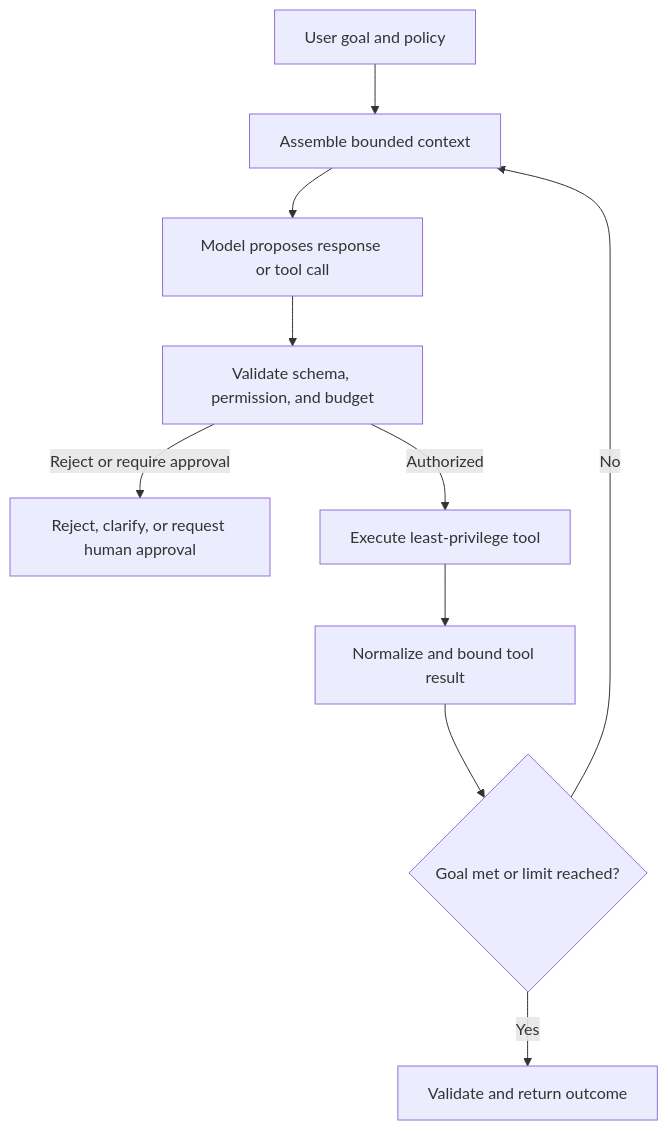
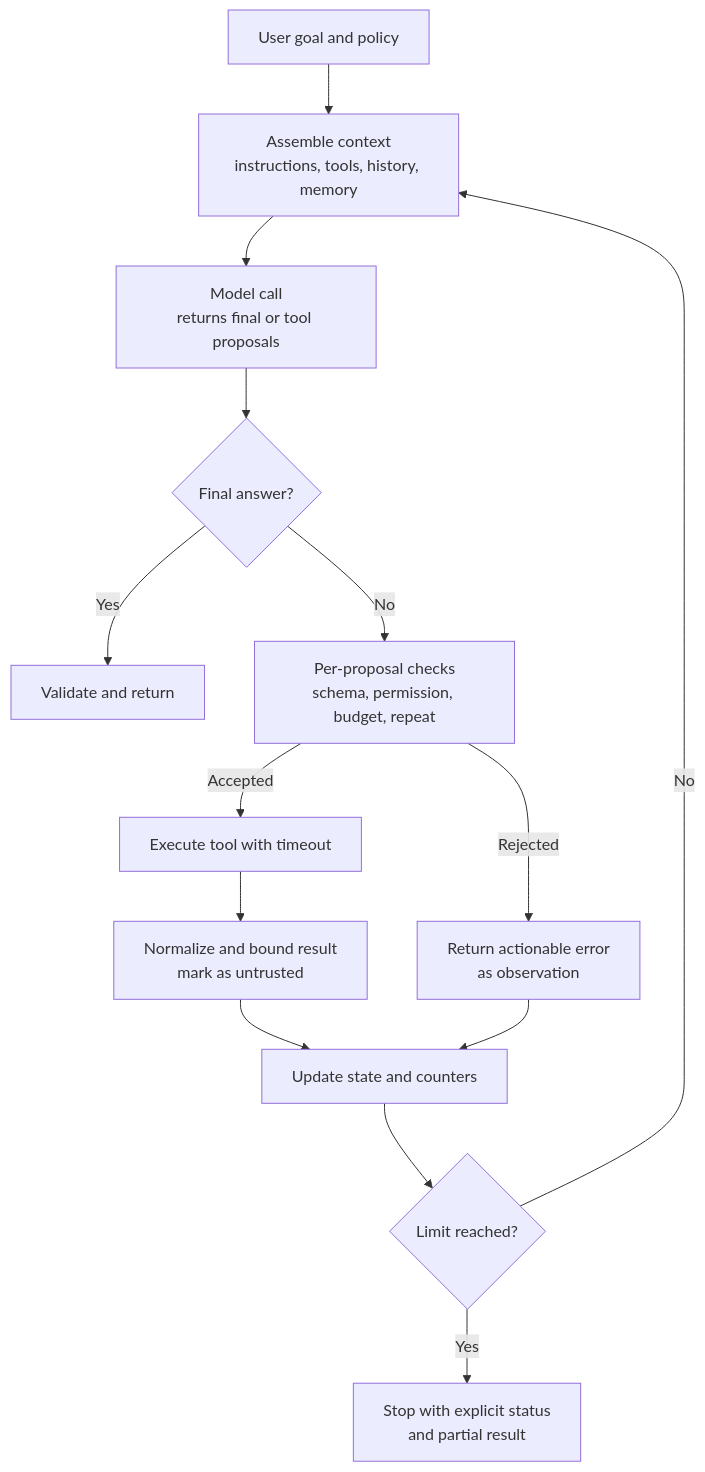
The second of 10 diagrams in 16_AI_and_GenAI/CH21_Agents_Tool_Calling_Memory_Planning.md (joydasss/Architect), drawn with Mermaid before and after one commit. The commit also changed other lines of this file and 295 other files, not shown here.

````diff
--- a/16_AI_and_GenAI/CH21_Agents_Tool_Calling_Memory_Planning.md
+++ b/16_AI_and_GenAI/CH21_Agents_Tool_Calling_Memory_Planning.md
@@ -15,12 +155,16 @@
 ```mermaid
 flowchart TD
-    Goal[User goal and policy] --> Context[Assemble bounded context]
-    Context --> Model[Model proposes response or tool call]
-    Model --> Validate[Validate schema, permission, and budget]
-    Validate -->|Reject or require approval| Stop[Reject, clarify, or request human approval]
-    Validate -->|Authorized| Tool[Execute least-privilege tool]
-    Tool --> Result[Normalize and bound tool result]
-    Result --> Done{Goal met or limit reached?}
-    Done -->|No| Context
-    Done -->|Yes| Final[Validate and return outcome]
+    G["User goal and policy"] --> C["Assemble context<br/>instructions, tools, history, memory"]
+    C --> M["Model call<br/>returns final or tool proposals"]
+    M --> F{"Final answer?"}
+    F -->|Yes| V["Validate and return"]
+    F -->|No| P["Per-proposal checks<br/>schema, permission, budget, repeat"]
+    P -->|Rejected| R["Return actionable error<br/>as observation"]
+    P -->|Accepted| X["Execute tool with timeout"]
+    X --> N["Normalize and bound result<br/>mark as untrusted"]
+    N --> U["Update state and counters"]
+    R --> U
+    U --> L{"Limit reached?"}
+    L -->|No| C
+    L -->|Yes| S["Stop with explicit status<br/>and partial result"]
 ```
````
